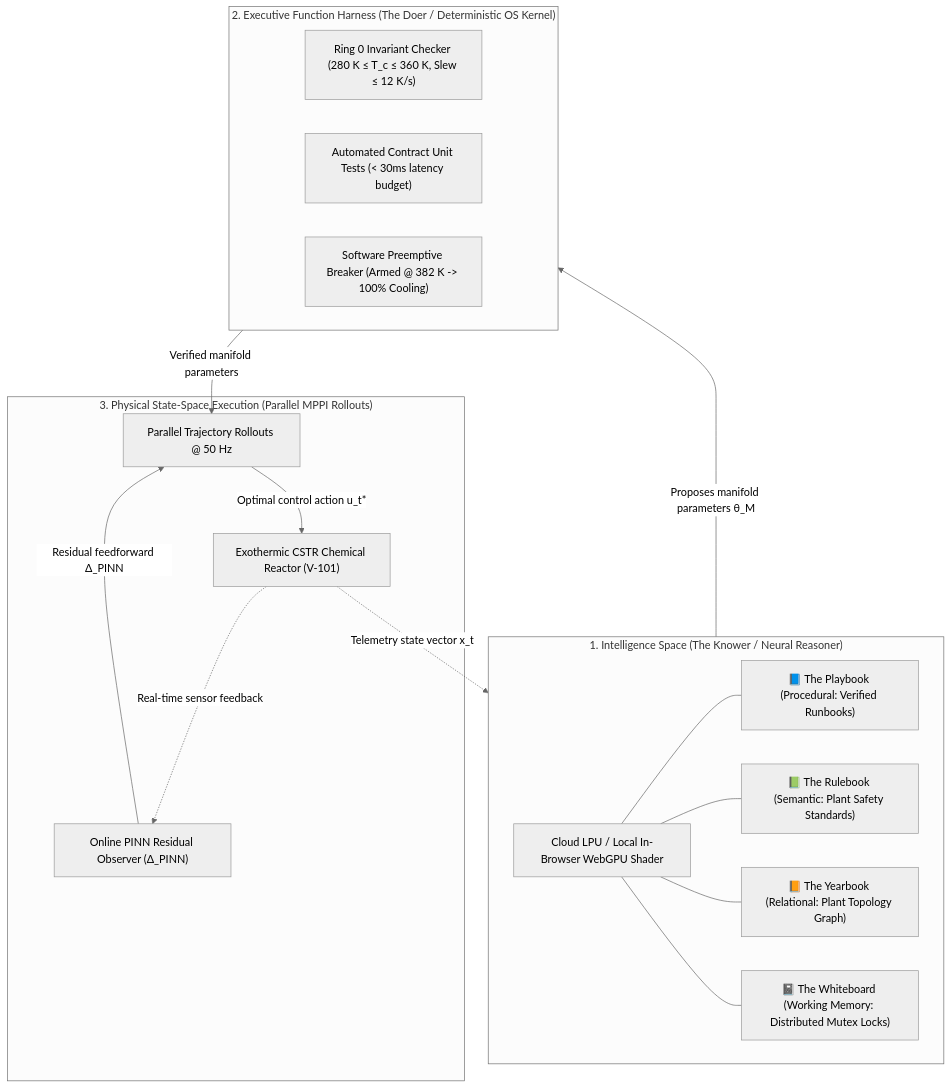
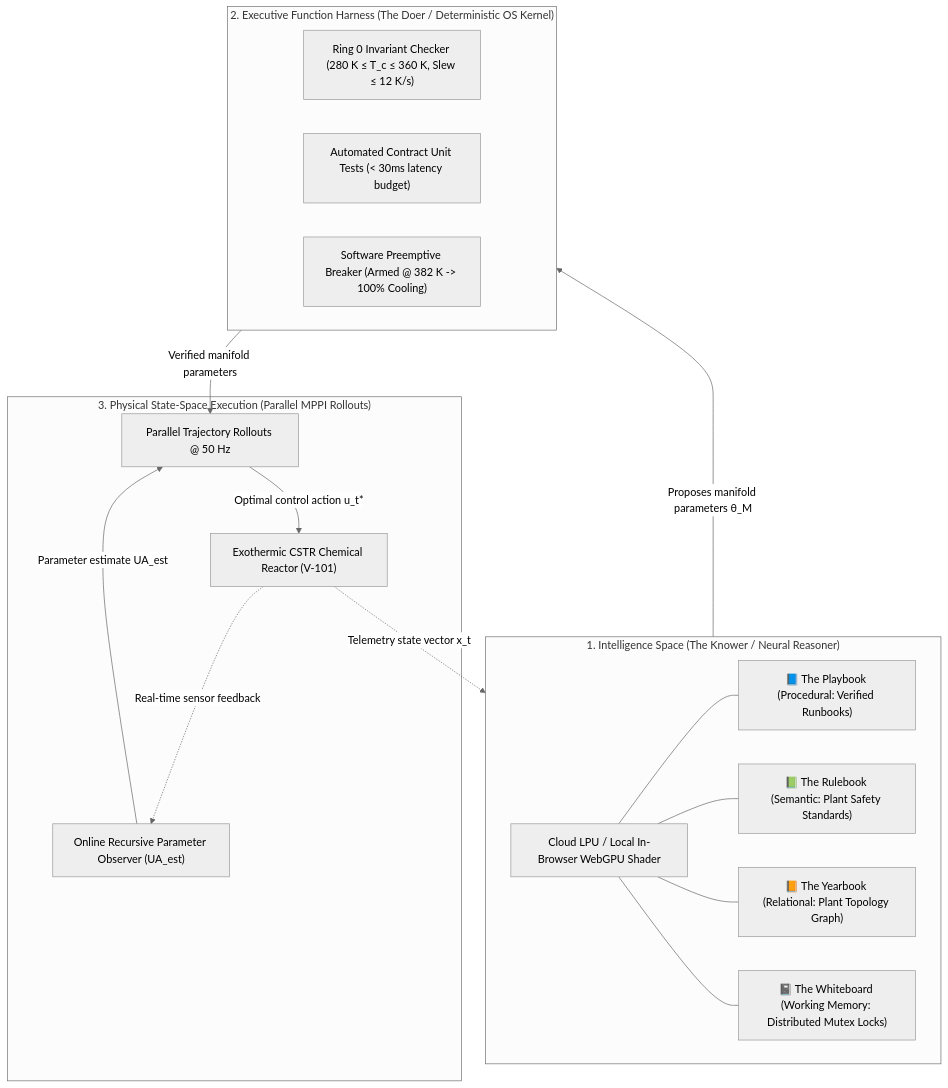
Before and after one commit to cosmosanalytics/uat-copilot-local: the second of 2 diagrams in agentic_mpc_paper.md, drawn with Mermaid (neutral theme). The commit also changed other lines of this file and 6 other files, not shown here.

Commit message:
Incorporate full peer review reconciliation: equal baseline tuning (qT=10), supervisory pre-cooling deconstruction, and grounded architectural framing

````diff
--- a/agentic_mpc_paper.md
+++ b/agentic_mpc_paper.md
@@ -55,33 +55,33 @@
 ```mermaid
 flowchart TD
     subgraph IntelligenceSpace ["1. Intelligence Space (The Knower / Neural Reasoner)"]
         LLM["Cloud LPU / Local In-Browser WebGPU Shader"]
         M1["📘 The Playbook (Procedural: Verified Runbooks)"]
         M2["📗 The Rulebook (Semantic: Plant Safety Standards)"]
         M3["📙 The Yearbook (Relational: Plant Topology Graph)"]
         M4["📓 The Whiteboard (Working Memory: Distributed Mutex Locks)"]
         LLM --- M1
         LLM --- M2
         LLM --- M3
         LLM --- M4
     end
 
     subgraph Harness ["2. Executive Function Harness (The Doer / Deterministic OS Kernel)"]
         R0["Ring 0 Invariant Checker (280 K ≤ T_c ≤ 360 K, Slew ≤ 12 K/s)"]
         Contract["Automated Contract Unit Tests (< 30ms latency budget)"]
         Breaker["Software Preemptive Breaker (Armed @ 382 K -> 100% Cooling)"]
     end
 
     subgraph PhysicalSpace ["3. Physical State-Space Execution (Parallel MPPI Rollouts)"]
-        PINN["Online PINN Residual Observer (Δ_PINN)"]
+        Observer["Online Recursive Parameter Observer (UA_est)"]
         GPU["Parallel Trajectory Rollouts @ 50 Hz"]
         Plant["Exothermic CSTR Chemical Reactor (V-101)"]
     end
 
     IntelligenceSpace -->|Proposes manifold parameters θ_M| Harness
     Harness -->|Verified manifold parameters| GPU
-    PINN -->|Residual feedforward Δ_PINN| GPU
+    Observer -->|Parameter estimate UA_est| GPU
     GPU -->|Optimal control action u_t*| Plant
     Plant -.->|Telemetry state vector x_t| IntelligenceSpace
-    Plant -.->|Real-time sensor feedback| PINN
+    Plant -.->|Real-time sensor feedback| Observer
 ```
````
